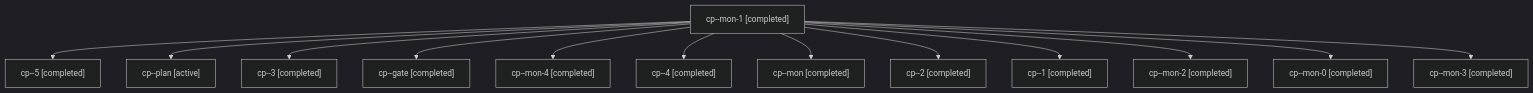
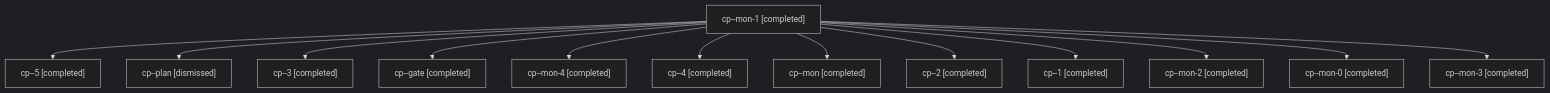
The diagram in sessions/bbugyi200.apollo.cp.md (sase-org/sase--agents), drawn with Mermaid (dark theme) before and after one commit. The commit also changed other lines of this file and 20 other files, not shown here.

````diff
--- a/sessions/bbugyi200.apollo.cp.md
+++ b/sessions/bbugyi200.apollo.cp.md
@@ -9,28 +9,28 @@
 ```mermaid
 flowchart TD
   n0["cp--mon-1 [completed]"]
   n1["cp--5 [completed]"]
   n0 --> n1
-  n2["cp--plan [active]"]
+  n2["cp--plan [dismissed]"]
   n0 --> n2
   n3["cp--3 [completed]"]
   n0 --> n3
   n4["cp--gate [completed]"]
   n0 --> n4
   n5["cp--mon-4 [completed]"]
   n0 --> n5
   n6["cp--4 [completed]"]
   n0 --> n6
   n7["cp--mon [completed]"]
   n0 --> n7
   n8["cp--2 [completed]"]
   n0 --> n8
   n9["cp--1 [completed]"]
   n0 --> n9
   n10["cp--mon-2 [completed]"]
   n0 --> n10
   n11["cp--mon-0 [completed]"]
   n0 --> n11
   n12["cp--mon-3 [completed]"]
   n0 --> n12
 ```
````
